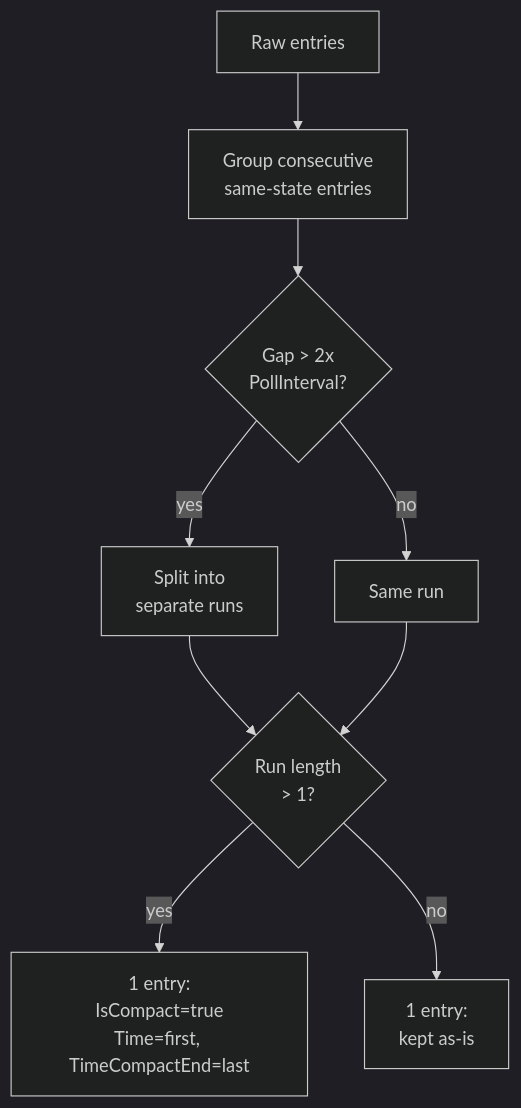
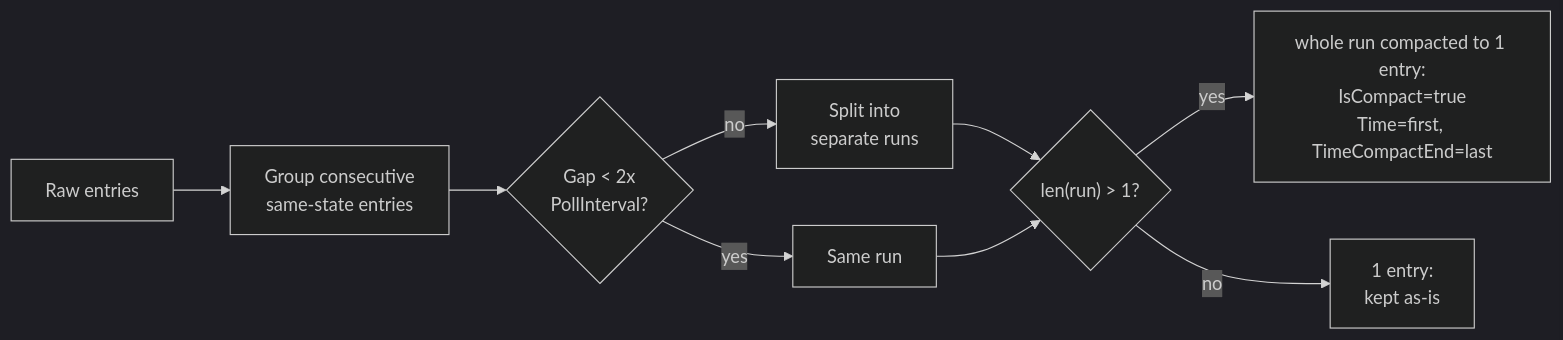
One commit to daominah/reminderd changed the first of 3 diagrams in README.md. Above: the diagram before and after it, drawn with Mermaid (dark theme). The commit also changed other lines of this file and 8 other files, not shown here.

Commit message:
make restoreActiveStart gap-aware and compact-aware, FormatTime always uses Vietnam timezone

````diff
--- a/README.md
+++ b/README.md
@@ -83,11 +83,11 @@
 ```mermaid
-flowchart TD
+flowchart LR
     A["Raw entries"] --> B["Group consecutive\nsame-state entries"]
-    B --> C{"Gap > 2x\nPollInterval?"}
-    C -- yes --> D["Split into\nseparate runs"]
-    C -- no --> E["Same run"]
-    D --> F{"Run length\n> 1?"}
+    B --> C{"Gap < 2x\nPollInterval?"}
+    C -- yes --> E["Same run"]
+    C -- no --> D["Split into\nseparate runs"]
+    D --> F{"len(run) > 1?"}
     E --> F
-    F -- yes --> G["1 entry:\nIsCompact=true\nTime=first, TimeCompactEnd=last"]
+    F -- yes --> G["whole run compacted to 1 entry:\nIsCompact=true\nTime=first, TimeCompactEnd=last"]
     F -- no --> H["1 entry:\nkept as-is"]
 ```
````
